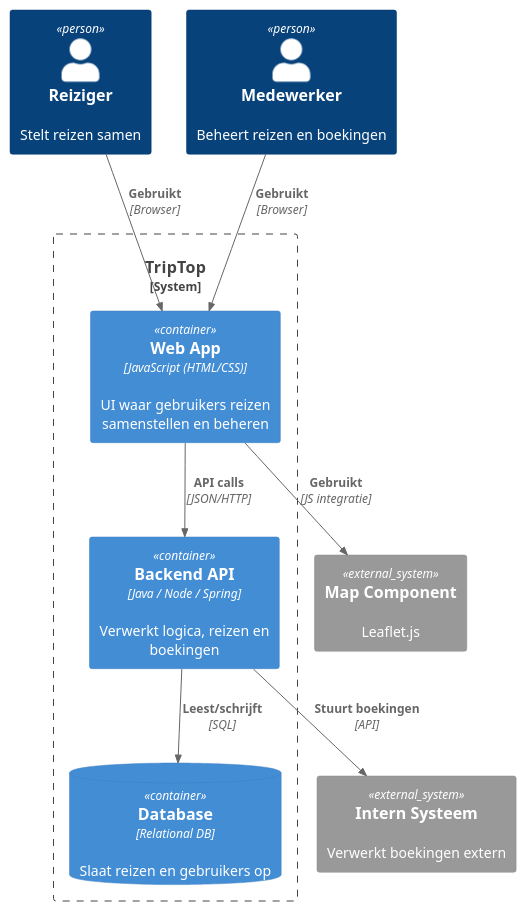
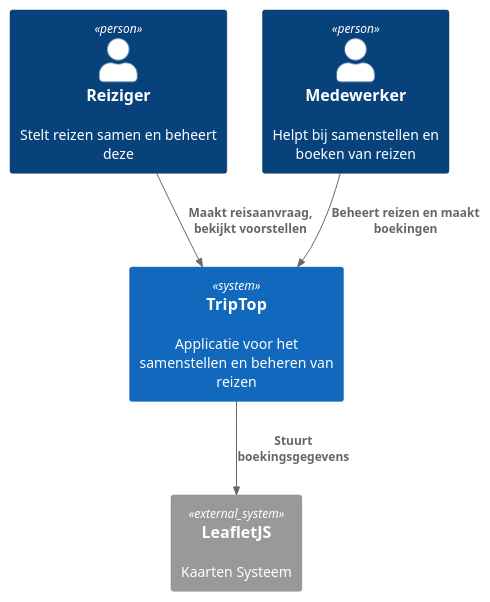
The diagram in triptop-ITA-A-f-groep-5-main/Eigen_werk/Cedric/Contextmap(v1).puml (cedricdecool123/triptop-ITA-A-f-groep-5-main), drawn with PlantUML before and after one commit.

Commit message:
contextmap update

```diff
--- a/triptop-ITA-A-f-groep-5-main/Eigen_werk/Cedric/Contextmap(v1).puml
+++ b/triptop-ITA-A-f-groep-5-main/Eigen_werk/Cedric/Contextmap(v1).puml
@@ -1,29 +1,14 @@
 @startuml
-!include https://raw.githubusercontent.com/plantuml-stdlib/C4-PlantUML/master/C4_Container.puml
+!include https://raw.githubusercontent.com/plantuml-stdlib/C4-PlantUML/master/C4_Context.puml
 
-Person(reiziger, "Reiziger", "Stelt reizen samen")
-Person(medewerker, "Medewerker", "Beheert reizen en boekingen")
+Person(reiziger, "Reiziger", "Stelt reizen samen en beheert deze")
+Person(medewerker, "Medewerker", "Helpt bij samenstellen en boeken van reizen")
 
-System_Boundary(triptop, "TripTop") {
+System(triptop, "TripTop", "Applicatie voor het samenstellen en beheren van reizen")
+System_Ext(intern, "LeafletJS", "Kaarten Systeem")
 
-    Container(frontend, "Web App", "JavaScript (HTML/CSS)", "UI waar gebruikers reizen samenstellen en beheren")
-
-    Container(backend, "Backend API", "Java / Node / Spring", "Verwerkt logica, reizen en boekingen")
-
-    ContainerDb(database, "Database", "Relational DB", "Slaat reizen en gebruikers op")
-}
-
-System_Ext(leaflet, "Map Component", "Leaflet.js")
-
-System_Ext(intern, "Intern Systeem", "Verwerkt boekingen extern")
-
-Rel(reiziger, frontend, "Gebruikt", "Browser")
-Rel(medewerker, frontend, "Gebruikt", "Browser")
-
-Rel(frontend, leaflet, "Gebruikt", "JS integratie")
-Rel(frontend, backend, "API calls", "JSON/HTTP")
-
-Rel(backend, database, "Leest/schrijft", "SQL")
-Rel(backend, intern, "Stuurt boekingen", "API")
+Rel(reiziger, triptop, "Maakt reisaanvraag, bekijkt voorstellen")
+Rel(medewerker, triptop, "Beheert reizen en maakt boekingen")
+Rel(triptop, intern, "Stuurt boekingsgegevens")
 
 @enduml
```
